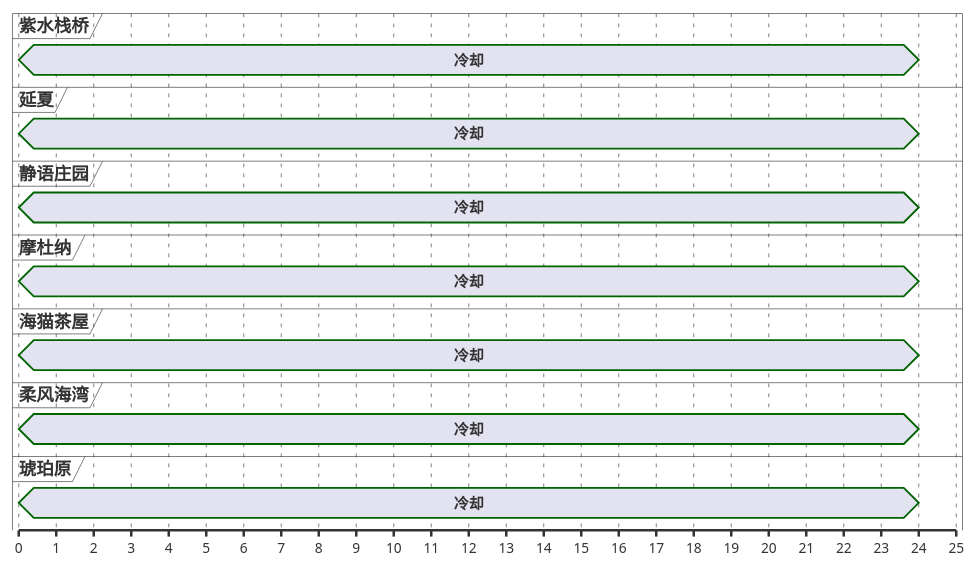
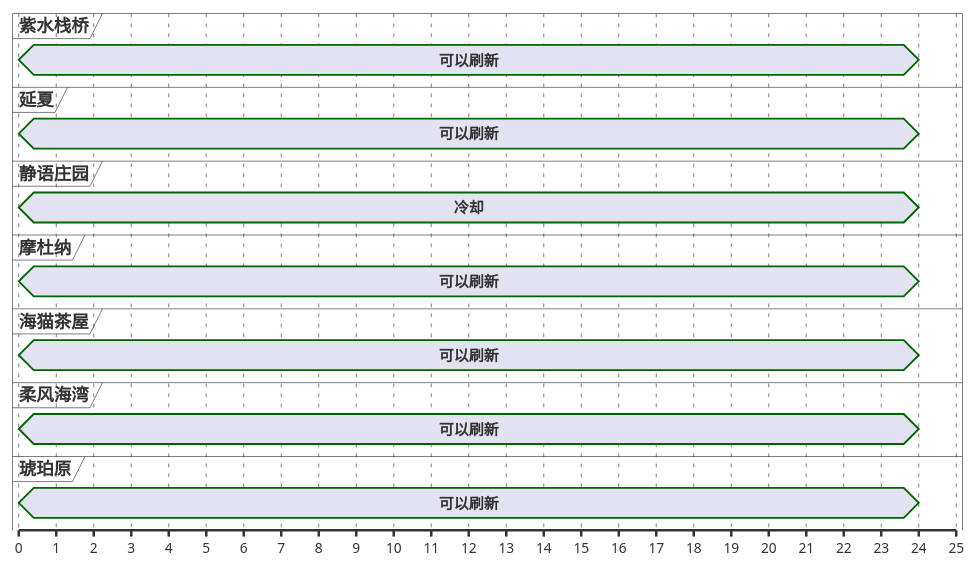
One commit to Eroleice/doc-pi changed the third of 13 diagrams in ffxiv/hunt/2.0/Laideronnette.md. Above: the diagram before and after it, drawn with PlantUML. The commit also changed other lines of this file and 38 other files, not shown here.

````diff
--- a/ffxiv/hunt/2.0/Laideronnette.md
+++ b/ffxiv/hunt/2.0/Laideronnette.md
@@ -133,42 +148,48 @@
 ```plantuml
 @startuml
 scale 1 as 30 pixels
 
 concise 紫水栈桥
 concise 延夏
 concise 静语庄园
 concise 摩杜纳
 concise 海猫茶屋
 concise 柔风海湾
 concise 琥珀原
 
+@紫水栈桥
+0 is 可以刷新
+0 is 强制刷新
+24 is {hidden}
+
+@柔风海湾
+0 is 可以刷新
+0 is 强制刷新
+24 is {hidden}
+
+@海猫茶屋
+0 is 可以刷新
+0 is 强制刷新
+24 is {hidden}
+
+@延夏
+0 is 可以刷新
+0 is 强制刷新
+24 is {hidden}
+
 @琥珀原
-0 is 冷却
+0 is 可以刷新
+0 is 强制刷新
+24 is {hidden}
+
+@摩杜纳
+0 is 可以刷新
+0 is 强制刷新
 24 is {hidden}
 
 @静语庄园
 0 is 冷却
 24 is {hidden}
 
-@紫水栈桥
-0 is 冷却
-24 is {hidden}
-
-@摩杜纳
-0 is 冷却
-24 is {hidden}
-
-@延夏
-0 is 冷却
-24 is {hidden}
-
-@柔风海湾
-0 is 冷却
-24 is {hidden}
-
-@海猫茶屋
-0 is 冷却
-24 is {hidden}
-
 @enduml
 ```
````
